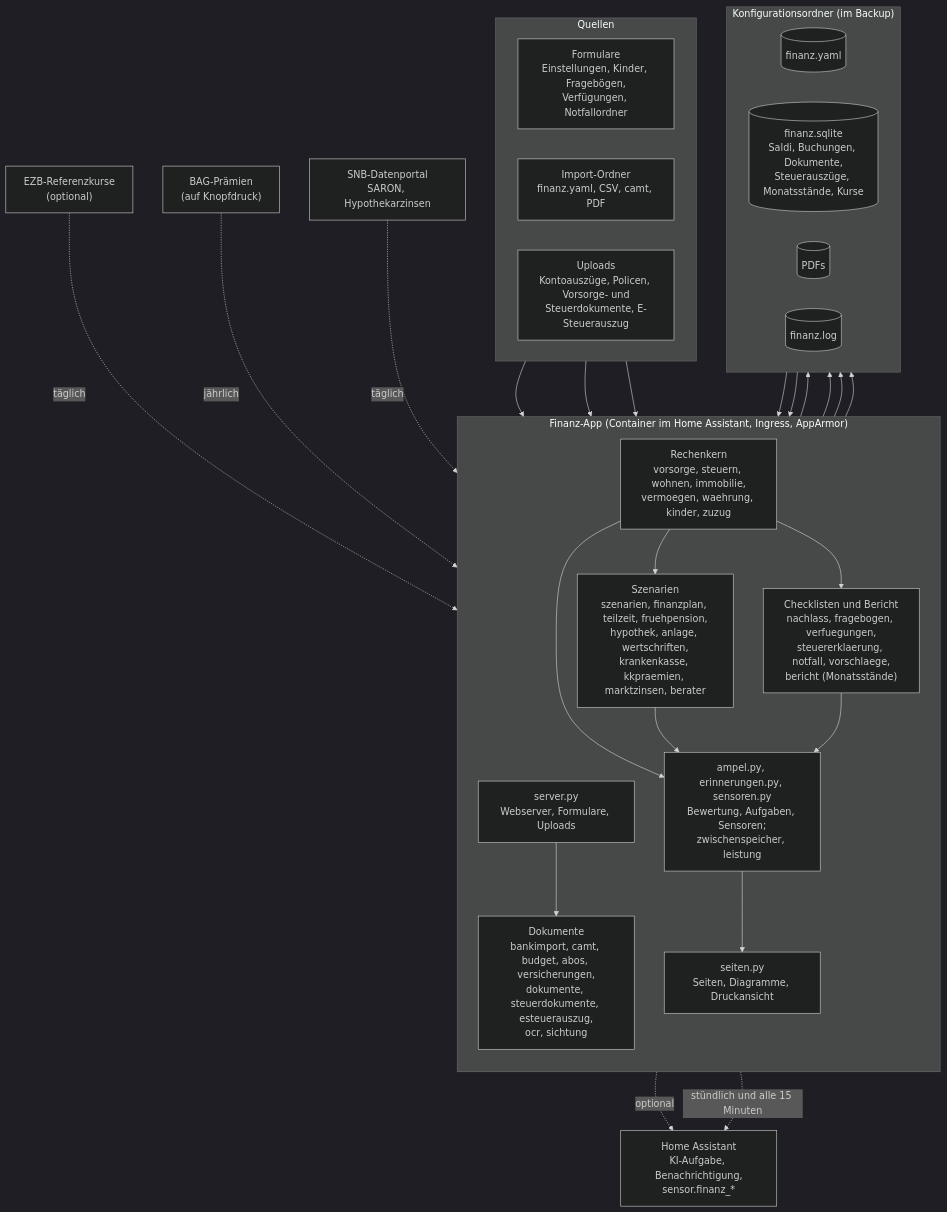
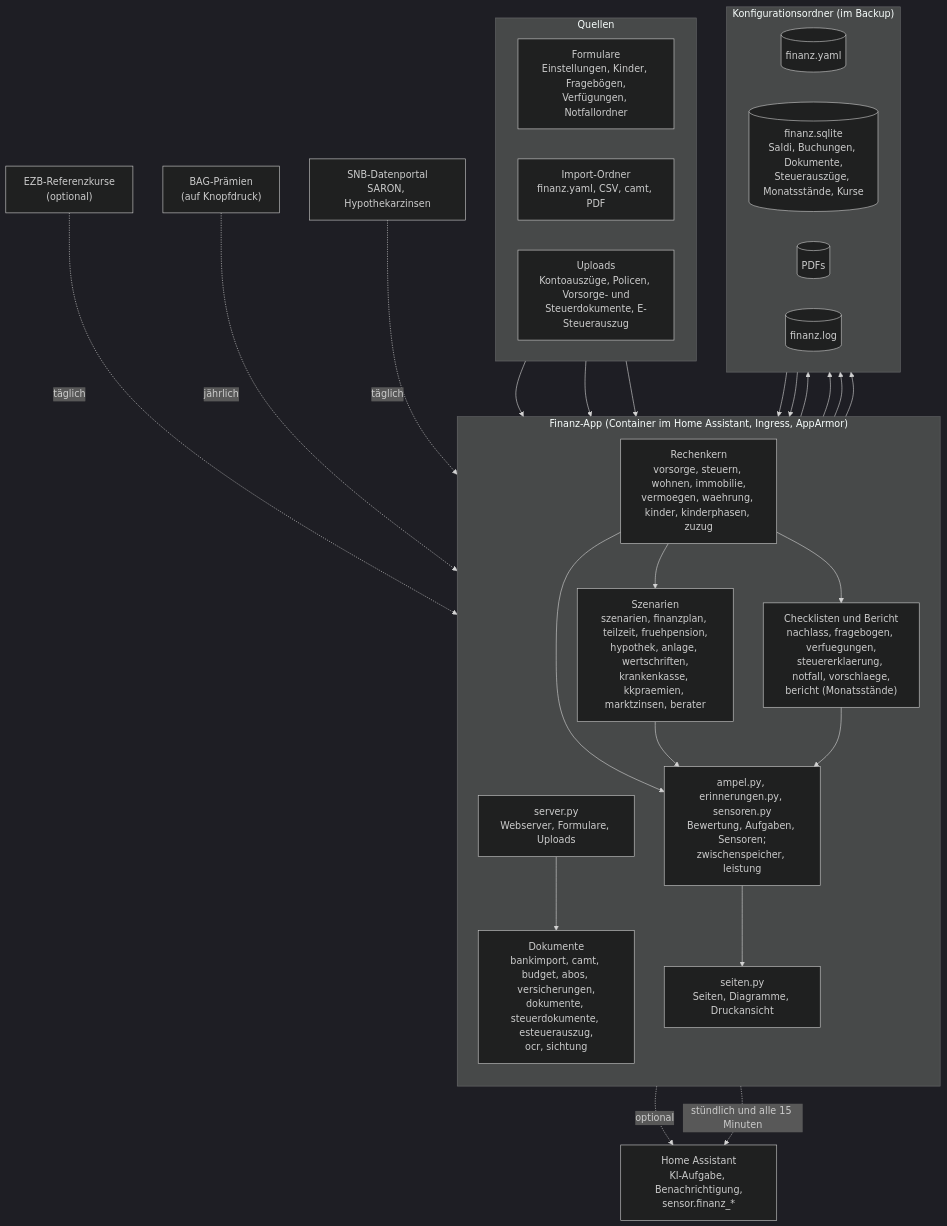
The diagram in docs/architektur.mmd (khu1985/finanz-ha), drawn with Mermaid (dark theme) before and after one commit. The commit also changed 16 other files, not shown here.

```diff
--- a/docs/architektur.mmd
+++ b/docs/architektur.mmd
@@ -1,37 +1,37 @@
 flowchart TB
     subgraph Quellen
         direction LR
         F["Formulare<br/>Einstellungen, Kinder, Fragebögen,<br/>Verfügungen, Notfallordner"]
         I["Import-Ordner<br/>finanz.yaml, CSV, camt, PDF"]
         U["Uploads<br/>Kontoauszüge, Policen, Vorsorge- und<br/>Steuerdokumente, E-Steuerauszug"]
     end
     subgraph App["Finanz-App (Container im Home Assistant, Ingress, AppArmor)"]
         direction TB
         S["server.py<br/>Webserver, Formulare, Uploads"]
         D["Dokumente<br/>bankimport, camt, budget, abos, versicherungen,<br/>dokumente, steuerdokumente, esteuerauszug,<br/>ocr, sichtung"]
-        K["Rechenkern<br/>vorsorge, steuern, wohnen, immobilie,<br/>vermoegen, waehrung, kinder, zuzug"]
+        K["Rechenkern<br/>vorsorge, steuern, wohnen, immobilie,<br/>vermoegen, waehrung, kinder, kinderphasen, zuzug"]
         Z["Szenarien<br/>szenarien, finanzplan, teilzeit, fruehpension,<br/>hypothek, anlage, wertschriften,<br/>krankenkasse, kkpraemien, marktzinsen, berater"]
         C["Checklisten und Bericht<br/>nachlass, fragebogen, verfuegungen,<br/>steuererklaerung, notfall, vorschlaege,<br/>bericht (Monatsstände)"]
         A["ampel.py, erinnerungen.py, sensoren.py<br/>Bewertung, Aufgaben, Sensoren;<br/>zwischenspeicher, leistung"]
         SE["seiten.py<br/>Seiten, Diagramme, Druckansicht"]
     end
     subgraph Daten["Konfigurationsordner (im Backup)"]
         direction LR
         Y[("finanz.yaml")]
         DB[("finanz.sqlite<br/>Saldi, Buchungen, Dokumente,<br/>Steuerauszüge, Monatsstände, Kurse")]
         P[("PDFs")]
         L[("finanz.log")]
     end
     HA["Home Assistant<br/>KI-Aufgabe, Benachrichtigung,<br/>sensor.finanz_*"]
     F & I & U --> S
     S --> D --> DB & P
     S --> Y
     Y & DB --> K --> Z
     K --> C
     K & Z & C --> A --> SE
     Z -. optional .-> HA
     EZB["EZB-Referenzkurse<br/>(optional)"] -. täglich .-> K
     BAG["BAG-Prämien<br/>(auf Knopfdruck)"] -. jährlich .-> Z
     SNB["SNB-Datenportal<br/>SARON, Hypothekarzinsen"] -. täglich .-> Z
     A -. stündlich und alle 15 Minuten .-> HA
     S --> L
```
